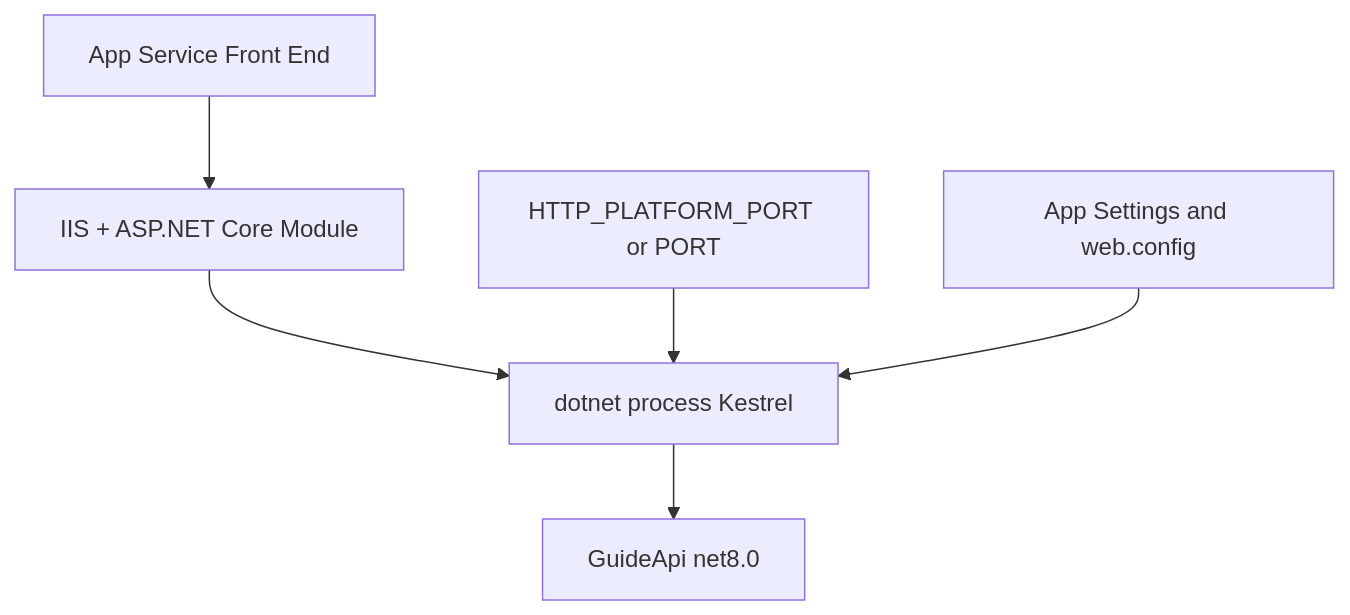
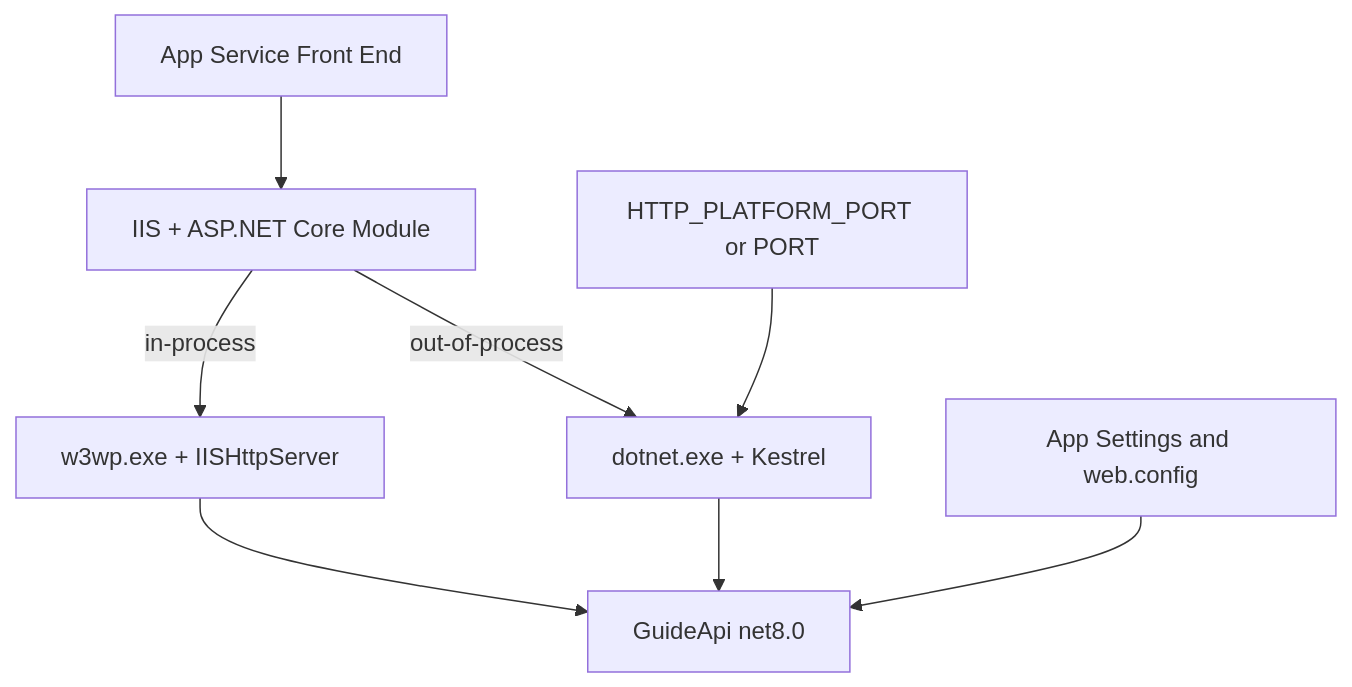
Before and after one commit to yeongseon/azure-app-service-practical-guide: the diagram in docs/language-guides/dotnet/dotnet-runtime.md, drawn with Mermaid. The commit also changed other lines of this file and 6 other files, not shown here.

````diff
--- a/docs/language-guides/dotnet/dotnet-runtime.md
+++ b/docs/language-guides/dotnet/dotnet-runtime.md
@@ -23,8 +33,10 @@
 ```mermaid
 graph TD
     A[App Service Front End] --> B[IIS + ASP.NET Core Module]
-    B --> C[dotnet process Kestrel]
-    C --> D[GuideApi net8.0]
-    E[HTTP_PLATFORM_PORT or PORT] --> C
-    F[App Settings and web.config] --> C
+    B -->|in-process| C1[w3wp.exe + IISHttpServer]
+    B -->|out-of-process| C2[dotnet.exe + Kestrel]
+    C1 --> D[GuideApi net8.0]
+    C2 --> D
+    E[HTTP_PLATFORM_PORT or PORT] --> C2
+    F[App Settings and web.config] --> D
 ```
````
